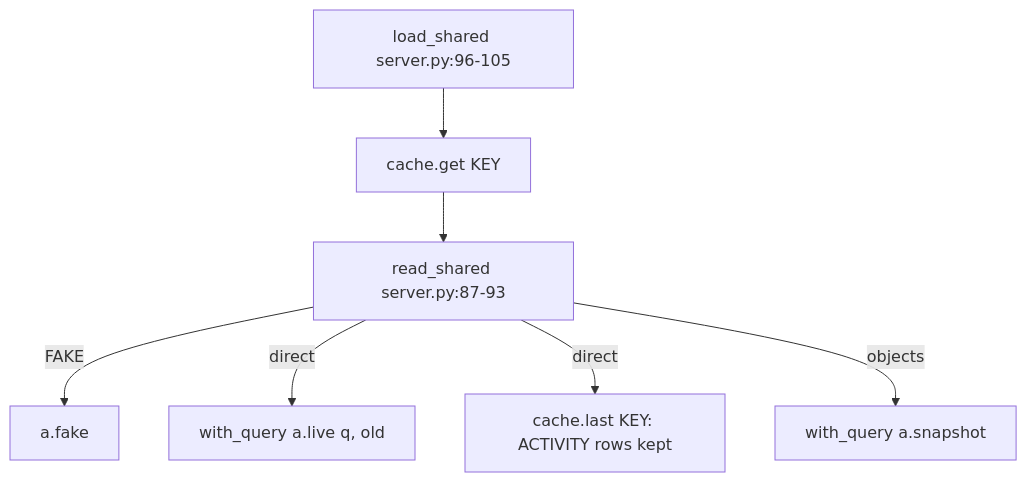
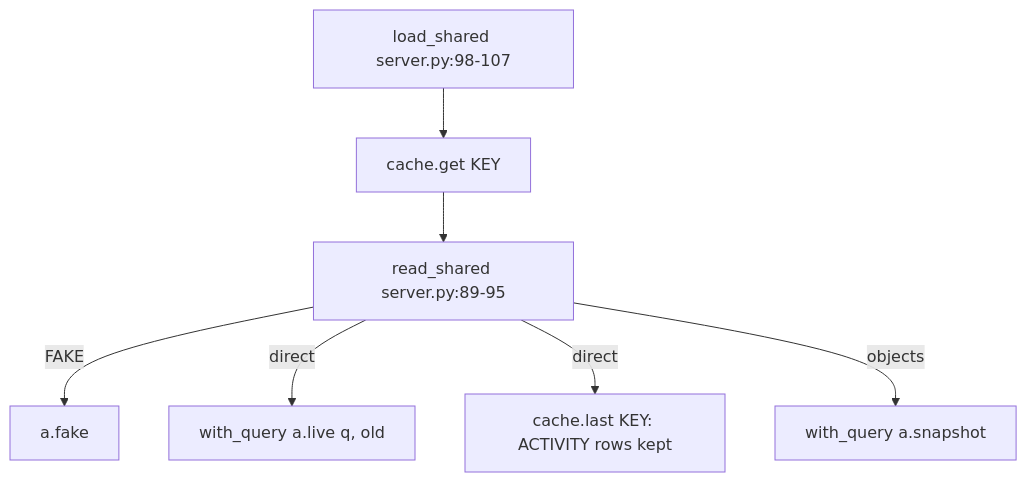
One commit to darshanmeel/snowflake-access-explorer changed the second of 2 diagrams in snowflake-access-explorer-knowledge-graph/modules/server.md. Above: the diagram before and after it, drawn with Mermaid. The commit also changed other lines of this file and 73 other files, not shown here.

Commit message:
Knowledge graph: review fixes (escaped SQL names, CSV head rows, own queries out in Snowflake, UTC window, snapshot re-read, answer cache, docs)

````diff
--- a/snowflake-access-explorer-knowledge-graph/modules/server.md
+++ b/snowflake-access-explorer-knowledge-graph/modules/server.md
@@ -88,9 +88,9 @@
 ```mermaid
 flowchart TD
-  RS[read_shared server.py:87-93] -->|FAKE| FK[a.fake]
+  RS[read_shared server.py:89-95] -->|FAKE| FK[a.fake]
   RS -->|direct| LV[with_query a.live q, old]
   RS -->|direct| CL[cache.last KEY: ACTIVITY rows kept]
   RS -->|objects| SN[with_query a.snapshot]
-  LSH[load_shared server.py:96-105] --> CG[cache.get KEY]
+  LSH[load_shared server.py:98-107] --> CG[cache.get KEY]
   CG --> RS
 ```
````
